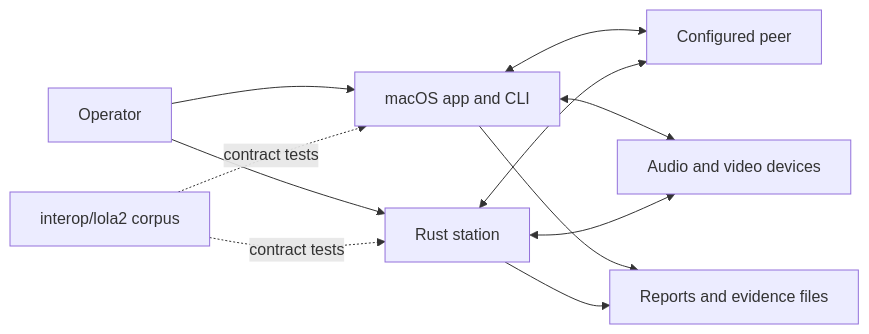
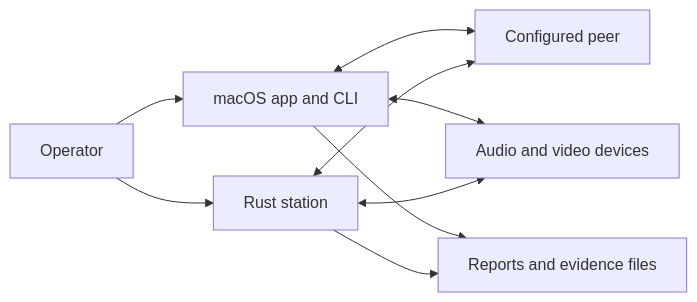
The first of 2 diagrams in docs/architecture.md (sebastianspicker/open-lola), drawn with Mermaid before and after one commit. The commit also changed other lines of this file and 68 other files, not shown here.

````diff
--- a/docs/architecture.md
+++ b/docs/architecture.md
@@ -15,21 +14,18 @@
 ```mermaid
 flowchart LR
     Operator[Operator]
     Mac[macOS app and CLI]
     Rust[Rust station]
     Peer[Configured peer]
     Devices[Audio and video devices]
     Reports[Reports and evidence files]
-    Corpus[interop/lola2 corpus]
 
     Operator --> Mac
     Operator --> Rust
     Mac <--> Peer
     Rust <--> Peer
     Mac <--> Devices
     Rust <--> Devices
     Mac --> Reports
     Rust --> Reports
-    Corpus -. contract tests .-> Mac
-    Corpus -. contract tests .-> Rust
 ```
````
